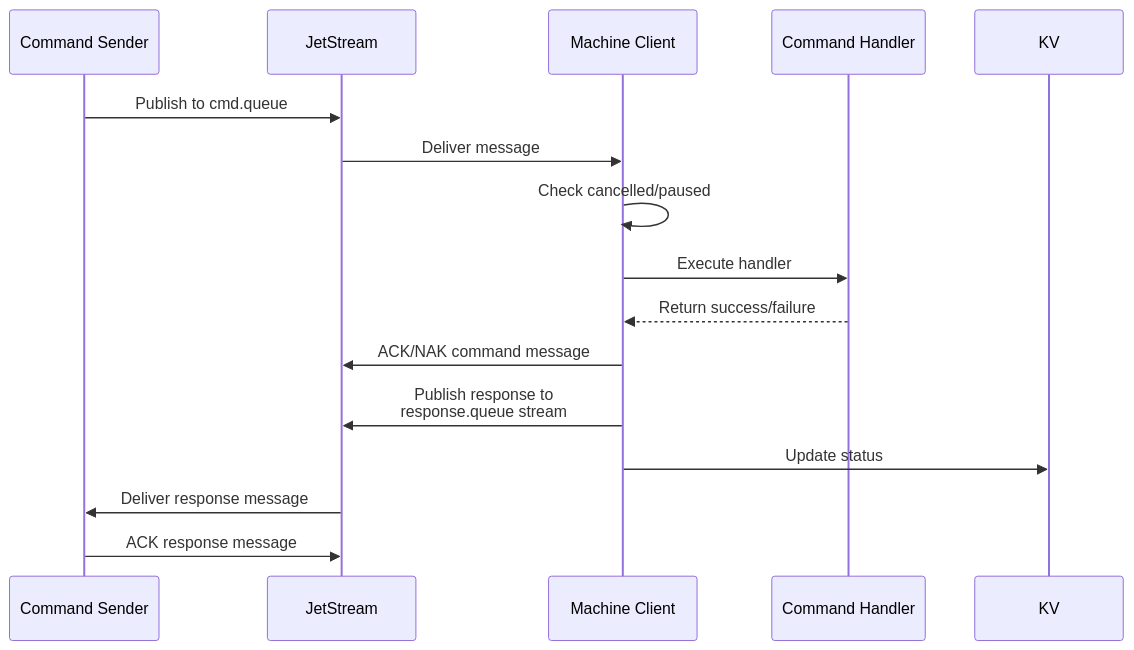
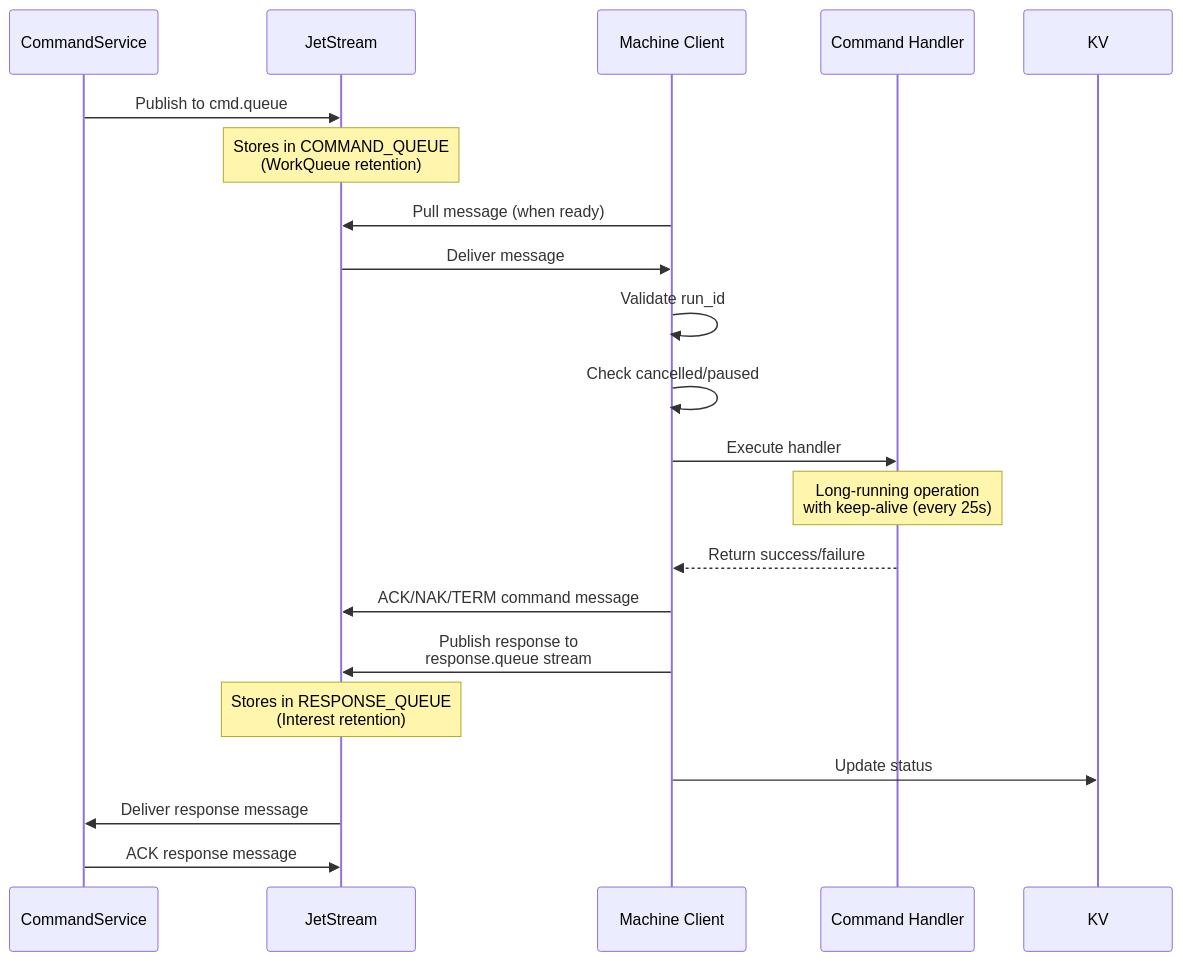
Before and after one commit to PUDAP/puda: the ninth of 13 diagrams in docs/nats_architecture_diagram.md, drawn with Mermaid. The commit also changed other lines of this file and 4 other files, not shown here.

Commit message:
docs: update nats architecture

````diff
--- a/docs/nats_architecture_diagram.md
+++ b/docs/nats_architecture_diagram.md
@@ -474,18 +577,23 @@
 ```mermaid
 sequenceDiagram
-    participant Sender as Command Sender
+    participant Sender as CommandService
     participant JS as JetStream
     participant Machine as Machine Client
     participant Handler as Command Handler
     
     Sender->>JS: Publish to cmd.queue
+    Note over JS: Stores in COMMAND_QUEUE<br/>(WorkQueue retention)
+    Machine->>JS: Pull message (when ready)
     JS->>Machine: Deliver message
+    Machine->>Machine: Validate run_id
     Machine->>Machine: Check cancelled/paused
     Machine->>Handler: Execute handler
+    Note over Handler: Long-running operation<br/>with keep-alive (every 25s)
     Handler-->>Machine: Return success/failure
-    Machine->>JS: ACK/NAK command message
+    Machine->>JS: ACK/NAK/TERM command message
     Machine->>JS: Publish response to<br/>response.queue stream
+    Note over JS: Stores in RESPONSE_QUEUE<br/>(Interest retention)
     Machine->>KV: Update status
     JS->>Sender: Deliver response message
     Sender->>JS: ACK response message
 ```
````
